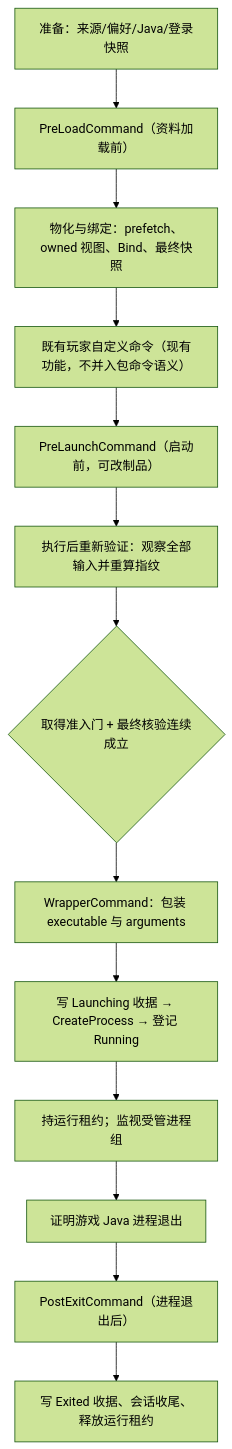
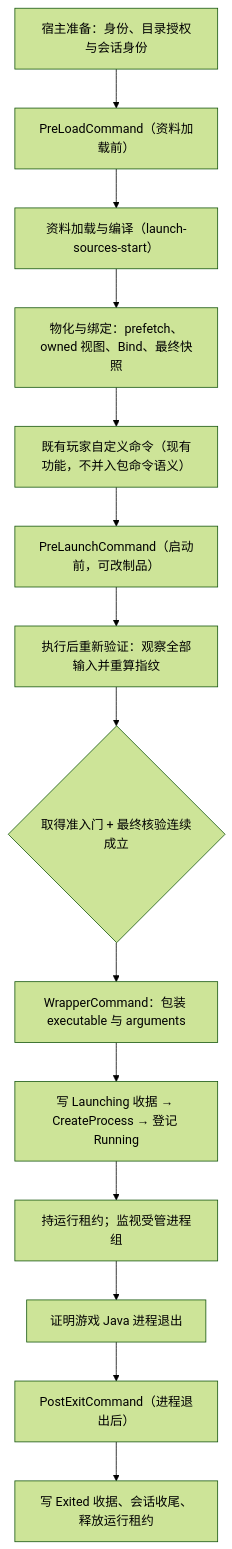
One commit to CosmicComplier/PCL-Living-Fork changed the diagram in docs/mmc-phase2-command-contract.md. Above: the diagram before and after it, drawn with Mermaid (forest theme). The commit also changed other lines of this file, not shown here.

First line of the commit message:
docs(mmc): resolve phase-two command contract pending items from repo precedent

````diff
--- a/docs/mmc-phase2-command-contract.md
+++ b/docs/mmc-phase2-command-contract.md
@@ -21,15 +22,16 @@
 ```mermaid
 flowchart TB
-    PREP["准备：来源/偏好/Java/登录快照"] --> PRELOAD["PreLoadCommand（资料加载前）"]
-    PRELOAD --> MAT["物化与绑定：prefetch、owned 视图、Bind、最终快照"]
+    PREP["宿主准备：身份、目录授权与会话身份"] --> PRELOAD["PreLoadCommand（资料加载前）"]
+    PRELOAD --> SRCLOAD["资料加载与编译（launch-sources-start）"]
+    SRCLOAD --> MAT["物化与绑定：prefetch、owned 视图、Bind、最终快照"]
     MAT --> USERCMD["既有玩家自定义命令（现有功能，不并入包命令语义）"]
     USERCMD --> PRELAUNCH["PreLaunchCommand（启动前，可改制品）"]
     PRELAUNCH --> REVAL["执行后重新验证：观察全部输入并重算指纹"]
     REVAL --> GATE{"取得准入门 + 最终核验连续成立"}
     GATE --> WRAP["WrapperCommand：包装 executable 与 arguments"]
     WRAP --> SPAWN["写 Launching 收据 → CreateProcess → 登记 Running"]
     SPAWN --> ACTIVE["持运行租约；监视受管进程组"]
     ACTIVE --> EXIT["证明游戏 Java 进程退出"]
     EXIT --> POSTEXIT["PostExitCommand（进程退出后）"]
     POSTEXIT --> CLOSE["写 Exited 收据、会话收尾、释放运行租约"]
 ```
````
